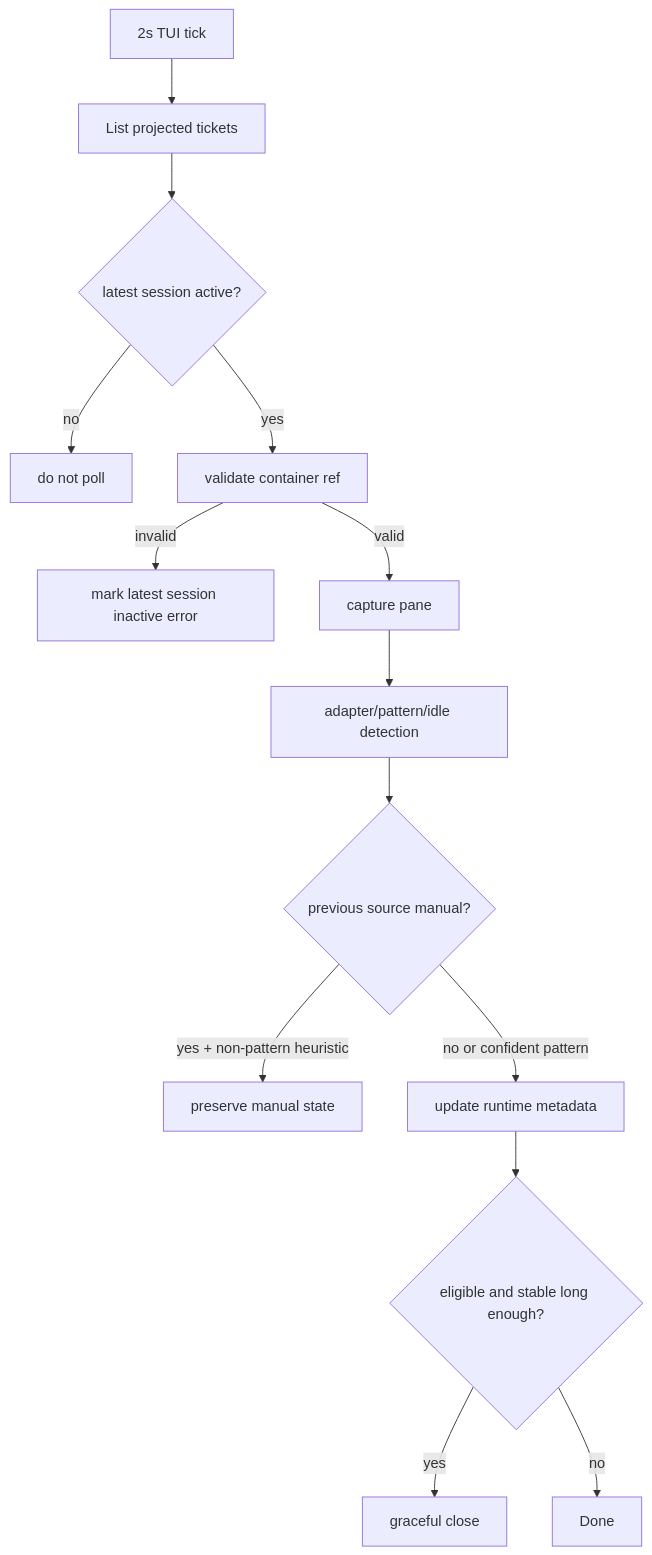
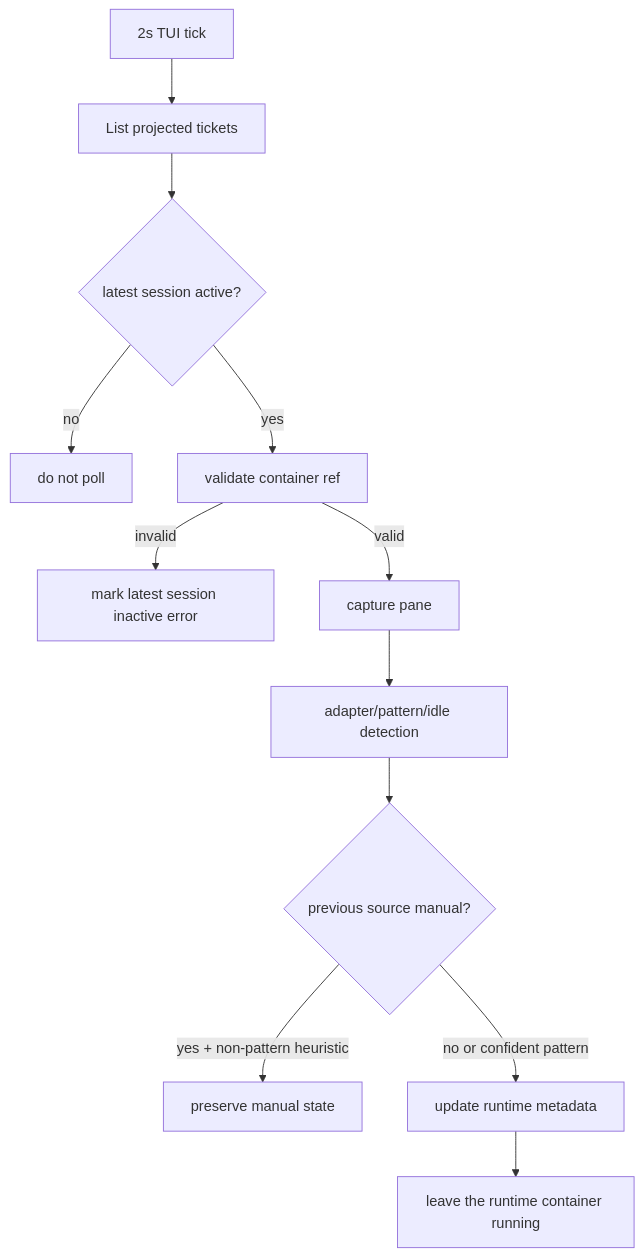
One commit to carlotran4/kanbi changed the fourth of 6 diagrams in docs/state-management.md. Above: the diagram before and after it, drawn with Mermaid. The commit also changed other lines of this file and 8 other files, not shown here.

````diff
--- a/docs/state-management.md
+++ b/docs/state-management.md
@@ -88,16 +88,14 @@
 ```mermaid
 flowchart TD
     Tick[2s TUI tick] --> List[List projected tickets]
     List --> Active{latest session active?}
     Active -- no --> Skip[do not poll]
     Active -- yes --> Validate[validate container ref]
     Validate -- invalid --> Missing[mark latest session inactive error]
     Validate -- valid --> Capture[capture pane]
     Capture --> Detect[adapter/pattern/idle detection]
     Detect --> Manual{previous source manual?}
     Manual -- yes + non-pattern heuristic --> Preserve[preserve manual state]
     Manual -- no or confident pattern --> Update[update runtime metadata]
-    Update --> AutoClose{eligible and stable long enough?}
-    AutoClose -- yes --> Close[graceful close]
-    AutoClose -- no --> Done
+    Update --> Done[leave the runtime container running]
 ```
````
